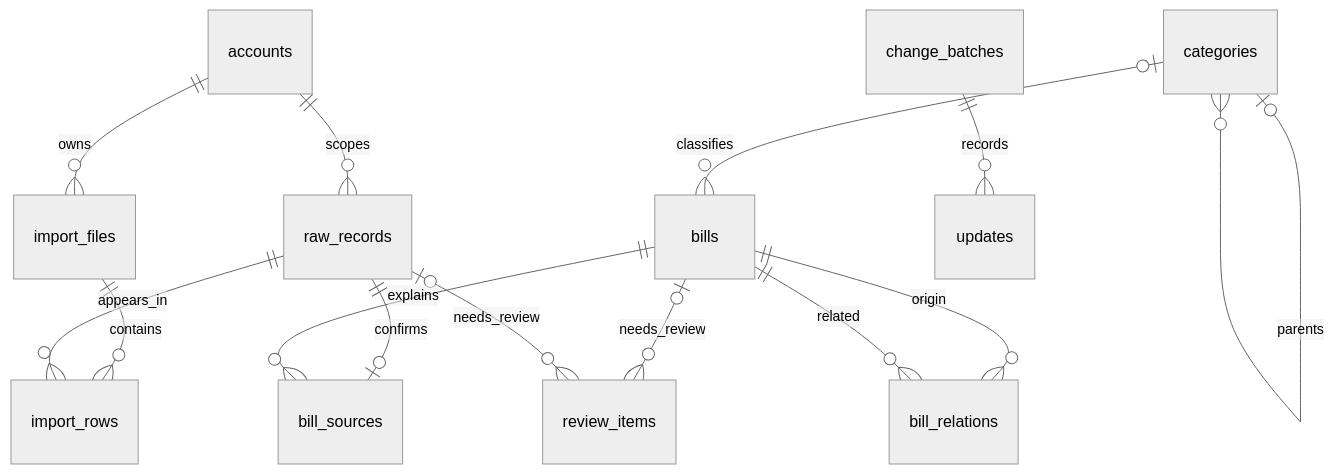
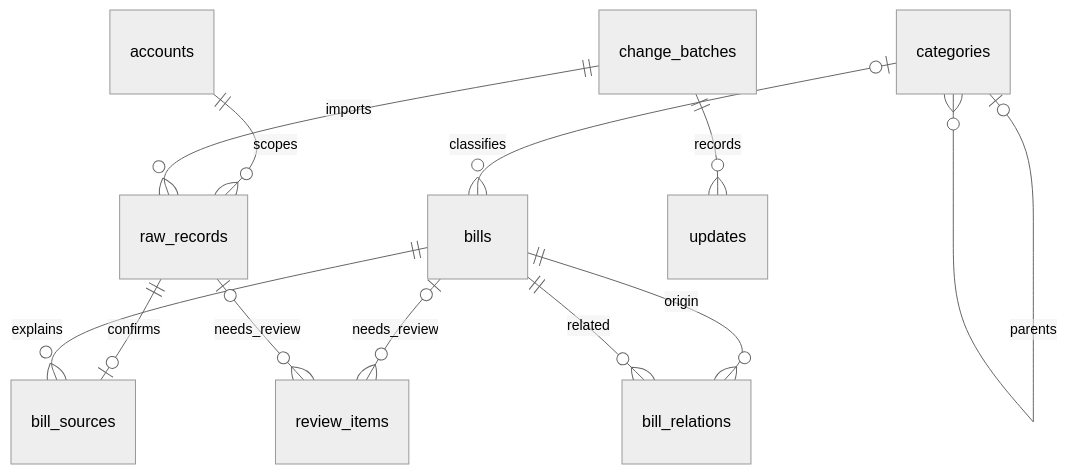
Before and after one commit to zhijun42/accounting: the diagram in docs/schema.md, drawn with Mermaid (neutral theme). The commit also changed other lines of this file and 12 other files, not shown here.

Commit message:
Add local statement import and auditable SQLite schema

````diff
--- a/docs/schema.md
+++ b/docs/schema.md
@@ -20,16 +20,14 @@
 ```mermaid
 erDiagram
-    accounts ||--o{ import_files : owns
     accounts ||--o{ raw_records : scopes
-    import_files ||--o{ import_rows : contains
-    raw_records ||--o{ import_rows : appears_in
+    change_batches ||--o{ raw_records : imports
     raw_records ||--o| bill_sources : confirms
     bills ||--o{ bill_sources : explains
     categories o|--o{ categories : parents
     categories o|--o{ bills : classifies
     bills ||--o{ bill_relations : origin
     bills ||--o{ bill_relations : related
     bills o|--o{ review_items : needs_review
     raw_records o|--o{ review_items : needs_review
     change_batches ||--o{ updates : records
 ```
````
